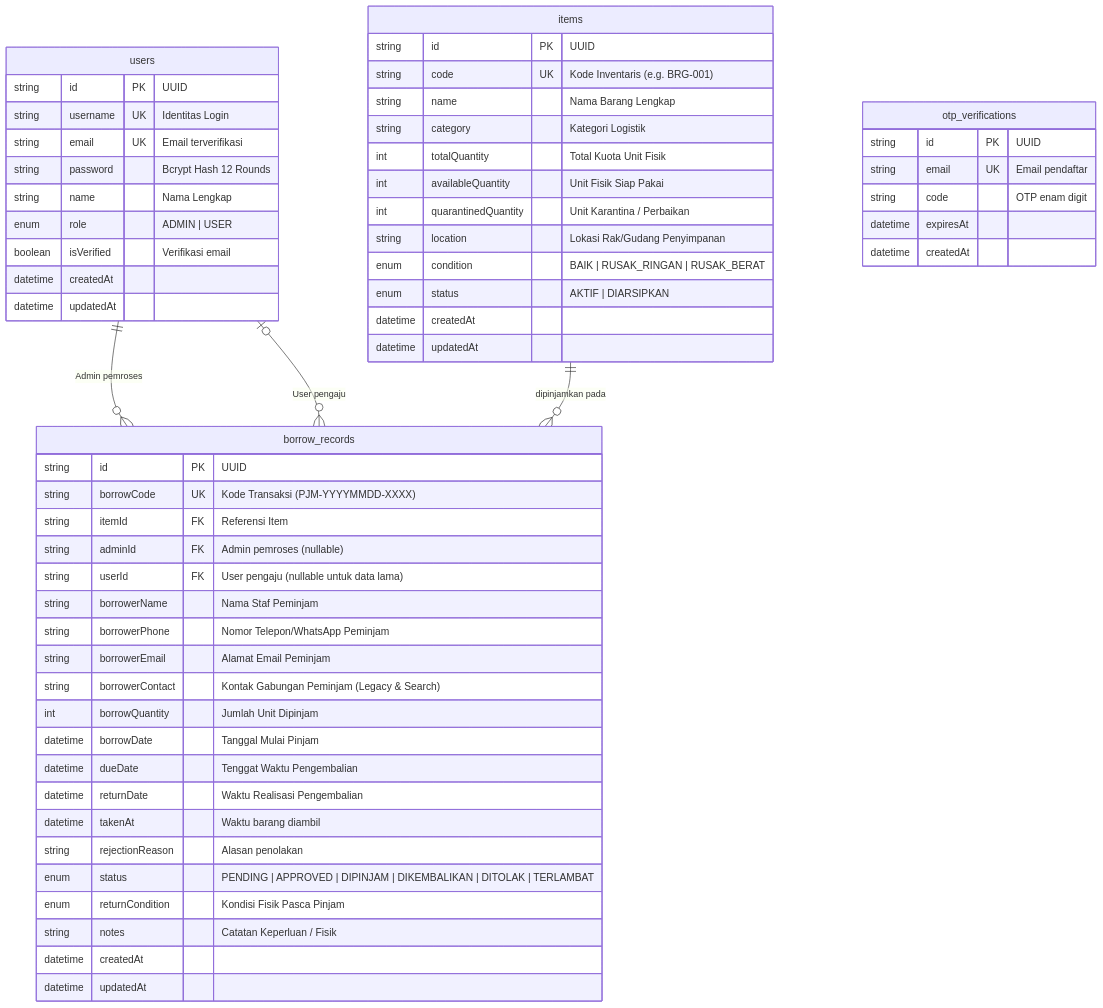
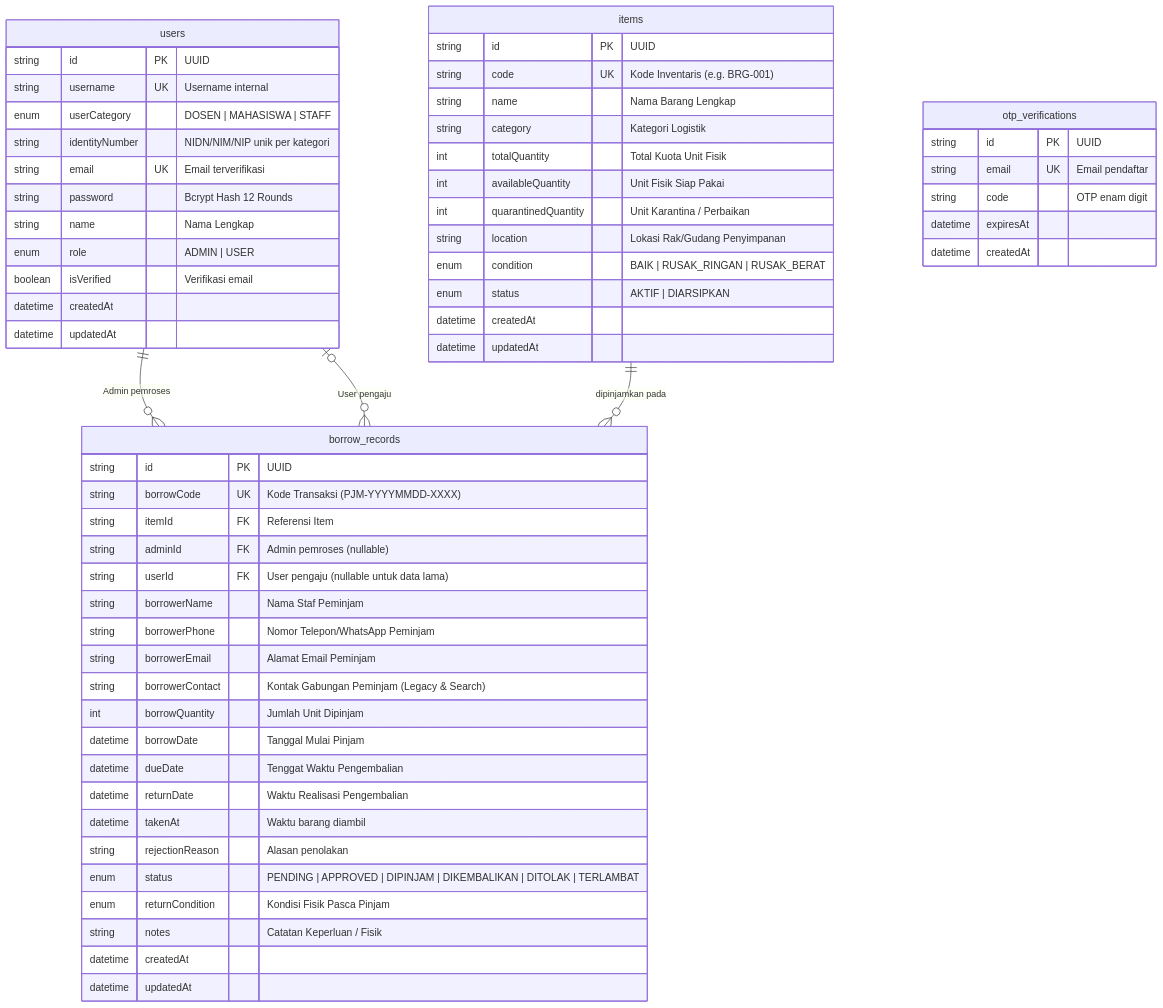
Before and after one commit to Imam-Maula/bpti-project-inventaris: the second of 2 diagrams in README.md, drawn with Mermaid. The commit also changed other lines of this file and 15 other files, not shown here.

````diff
--- a/README.md
+++ b/README.md
@@ -142,64 +143,66 @@
 ```mermaid
 erDiagram
     users ||--o{ borrow_records : "Admin pemroses"
     users o|--o{ borrow_records : "User pengaju"
     items ||--o{ borrow_records : "dipinjamkan pada"
 
     users {
         string id PK "UUID"
-        string username UK "Identitas Login"
+        string username UK "Username internal"
+        enum userCategory "DOSEN | MAHASISWA | STAFF"
+        string identityNumber "NIDN/NIM/NIP unik per kategori"
         string email UK "Email terverifikasi"
         string password "Bcrypt Hash 12 Rounds"
         string name "Nama Lengkap"
         enum role "ADMIN | USER"
         boolean isVerified "Verifikasi email"
         datetime createdAt
         datetime updatedAt
     }
 
     otp_verifications {
         string id PK "UUID"
         string email UK "Email pendaftar"
         string code "OTP enam digit"
         datetime expiresAt
         datetime createdAt
     }
 
     items {
         string id PK "UUID"
         string code UK "Kode Inventaris (e.g. BRG-001)"
         string name "Nama Barang Lengkap"
         string category "Kategori Logistik"
         int totalQuantity "Total Kuota Unit Fisik"
         int availableQuantity "Unit Fisik Siap Pakai"
         int quarantinedQuantity "Unit Karantina / Perbaikan"
         string location "Lokasi Rak/Gudang Penyimpanan"
         enum condition "BAIK | RUSAK_RINGAN | RUSAK_BERAT"
         enum status "AKTIF | DIARSIPKAN"
         datetime createdAt
         datetime updatedAt
     }
 
     borrow_records {
         string id PK "UUID"
         string borrowCode UK "Kode Transaksi (PJM-YYYYMMDD-XXXX)"
         string itemId FK "Referensi Item"
         string adminId FK "Admin pemroses (nullable)"
         string userId FK "User pengaju (nullable untuk data lama)"
         string borrowerName "Nama Staf Peminjam"
         string borrowerPhone "Nomor Telepon/WhatsApp Peminjam"
         string borrowerEmail "Alamat Email Peminjam"
         string borrowerContact "Kontak Gabungan Peminjam (Legacy & Search)"
         int borrowQuantity "Jumlah Unit Dipinjam"
         datetime borrowDate "Tanggal Mulai Pinjam"
         datetime dueDate "Tenggat Waktu Pengembalian"
         datetime returnDate "Waktu Realisasi Pengembalian"
         datetime takenAt "Waktu barang diambil"
         string rejectionReason "Alasan penolakan"
         enum status "PENDING | APPROVED | DIPINJAM | DIKEMBALIKAN | DITOLAK | TERLAMBAT"
         enum returnCondition "Kondisi Fisik Pasca Pinjam"
         string notes "Catatan Keperluan / Fisik"
         datetime createdAt
         datetime updatedAt
     }
 ```
````
